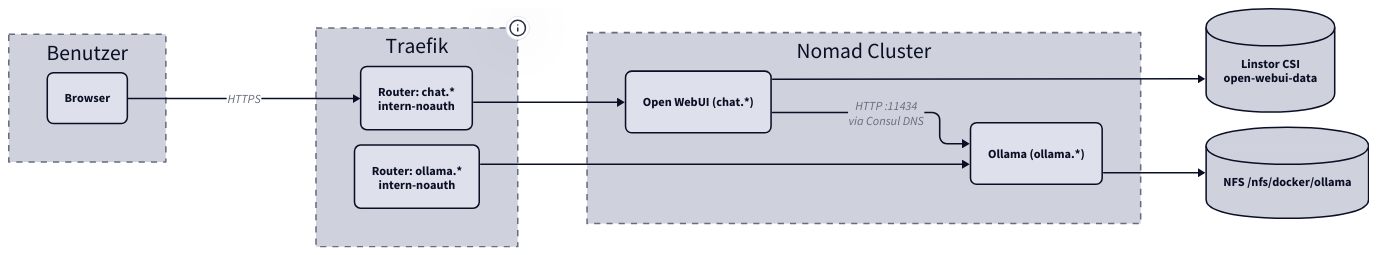
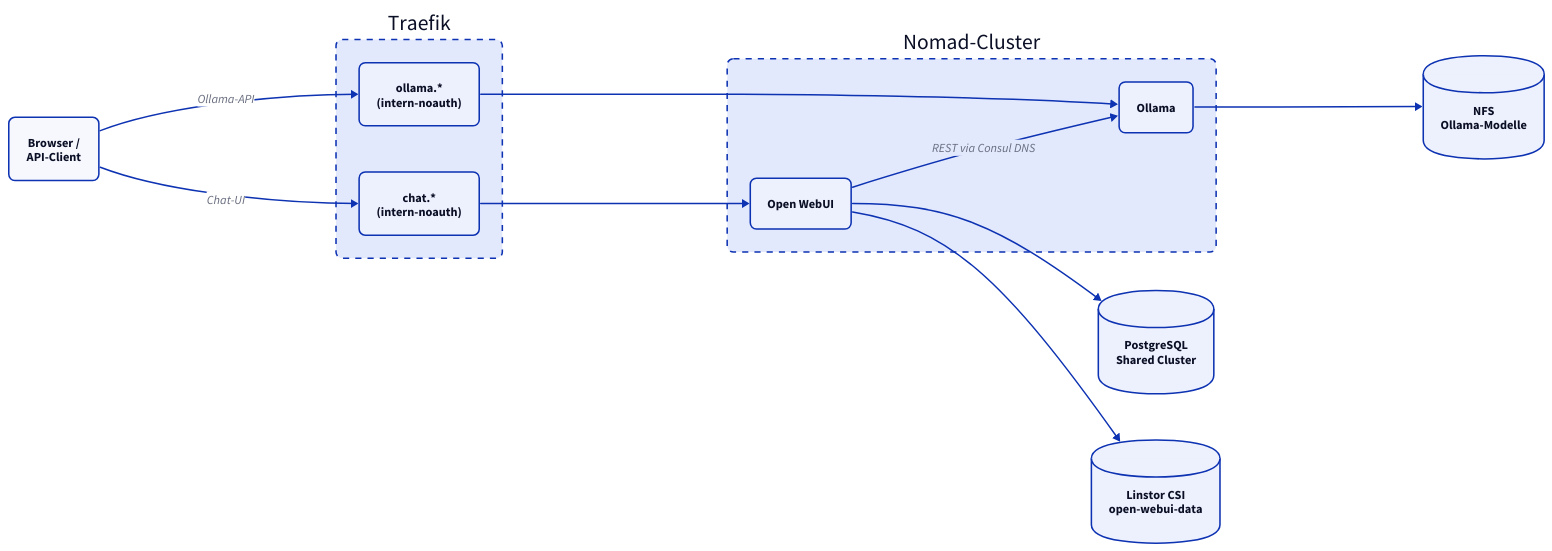
One commit to derever-labs/homelab-wiki changed the diagram in docs/llm-stack/index.md. Above: the diagram before and after it, drawn with D2. The commit also changed 7 other files, not shown here.

First line of the commit message:
docs(smart-home): Diagramme fuer TALA ueberarbeiten (Batch B6) (#98)

````diff
--- a/docs/llm-stack/index.md
+++ b/docs/llm-stack/index.md
@@ -38,37 +38,44 @@
 ```d2
-vars: {
-  d2-config: {
-    theme-id: 1
-    layout-engine: elk
+direction: right
+
+classes: {
+  node: {
+    style: {
+      border-radius: 8
+    }
+  }
+  container: {
+    style: {
+      border-radius: 8
+      stroke-dash: 4
+    }
   }
 }
-direction: right
 
-User: Benutzer {
-  style.stroke-dash: 4
-  Browser: Browser { style.border-radius: 8 }
+Client: "Browser /\nAPI-Client" { class: node }
+
+Traefik: "Traefik" {
+  class: container
+  RC: "chat.*\n(intern-noauth)" { class: node }
+  RO: "ollama.*\n(intern-noauth)" { class: node }
 }
 
-Traefik: "Traefik" {
-  style.stroke-dash: 4
-  tooltip: "IP siehe _referenz/hosts-und-ips.md"
-  RC: "Router: chat.*\nintern-noauth" { style.border-radius: 8 }
-  RO: "Router: ollama.*\nintern-noauth" { style.border-radius: 8 }
+Nomad: "Nomad-Cluster" {
+  class: container
+  OW: "Open WebUI" { class: node }
+  OL: "Ollama" { class: node }
+  OW -> OL: "REST via Consul DNS"
 }
 
-Nomad: "Nomad Cluster" {
-  style.stroke-dash: 4
-  OW: "Open WebUI (chat.*)" { style.border-radius: 8 }
-  OL: "Ollama (ollama.*)" { style.border-radius: 8 }
-}
+PG: "PostgreSQL\nShared Cluster" { shape: cylinder }
+NFS: "NFS\nOllama-Modelle" { shape: cylinder }
+Vol: "Linstor CSI\nopen-webui-data" { shape: cylinder }
 
-NFS: "NFS /nfs/docker/ollama" { shape: cylinder }
-CSI_OW: "Linstor CSI\nopen-webui-data" { shape: cylinder }
-
-User.Browser -> Traefik.RC: HTTPS
+Client -> Traefik.RC: Chat-UI
+Client -> Traefik.RO: Ollama-API
 Traefik.RC -> Nomad.OW
-Nomad.OW -> Nomad.OL: "HTTP :11434\nvia Consul DNS"
 Traefik.RO -> Nomad.OL
+Nomad.OW -> PG
+Nomad.OW -> Vol
 Nomad.OL -> NFS
-Nomad.OW -> CSI_OW
 ```
````
